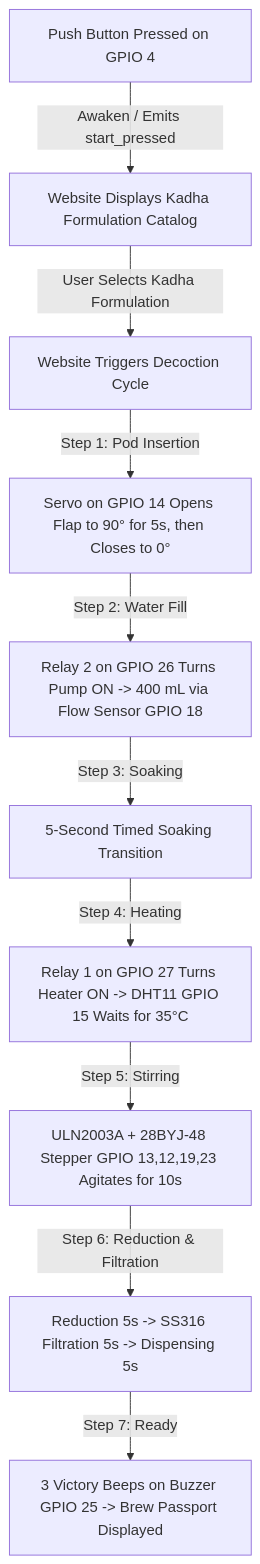
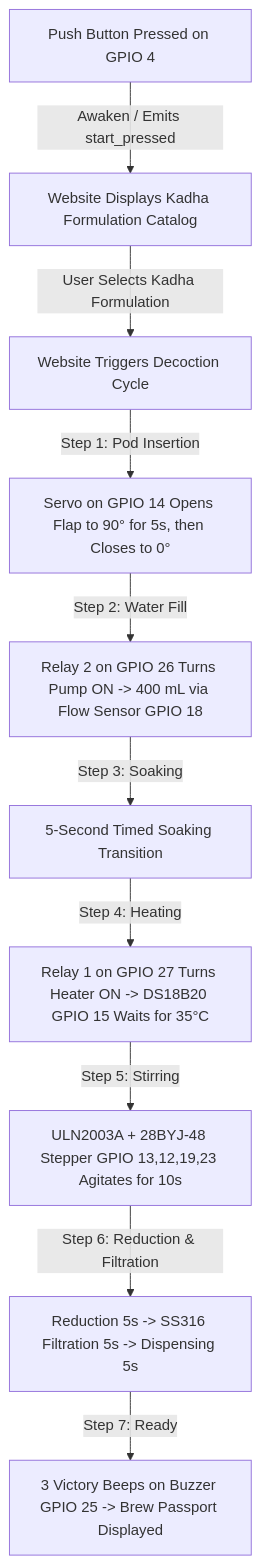
Before and after one commit to Khushi-S-Belani/iKwath_sih: the diagram in HARDWARE_CONNECTION_GUIDE.md, drawn with Mermaid. The commit also changed other lines of this file and 14 other files, not shown here.

````diff
--- a/HARDWARE_CONNECTION_GUIDE.md
+++ b/HARDWARE_CONNECTION_GUIDE.md
@@ -9,12 +9,12 @@
 ```mermaid
 graph TD
     A[Push Button Pressed on GPIO 4] -->|Awaken / Emits start_pressed| B[Website Displays Kadha Formulation Catalog]
     B -->|User Selects Kadha Formulation| C[Website Triggers Decoction Cycle]
     C -->|Step 1: Pod Insertion| D[Servo on GPIO 14 Opens Flap to 90° for 5s, then Closes to 0°]
     D -->|Step 2: Water Fill| E[Relay 2 on GPIO 26 Turns Pump ON -> 400 mL via Flow Sensor GPIO 18]
     E -->|Step 3: Soaking| F[5-Second Timed Soaking Transition]
-    F -->|Step 4: Heating| G[Relay 1 on GPIO 27 Turns Heater ON -> DHT11 GPIO 15 Waits for 35°C]
+    F -->|Step 4: Heating| G[Relay 1 on GPIO 27 Turns Heater ON -> DS18B20 GPIO 15 Waits for 35°C]
     G -->|Step 5: Stirring| H[ULN2003A + 28BYJ-48 Stepper GPIO 13,12,19,23 Agitates for 10s]
     H -->|Step 6: Reduction & Filtration| I[Reduction 5s -> SS316 Filtration 5s -> Dispensing 5s]
     I -->|Step 7: Ready| J[3 Victory Beeps on Buzzer GPIO 25 -> Brew Passport Displayed]
 ```
````
